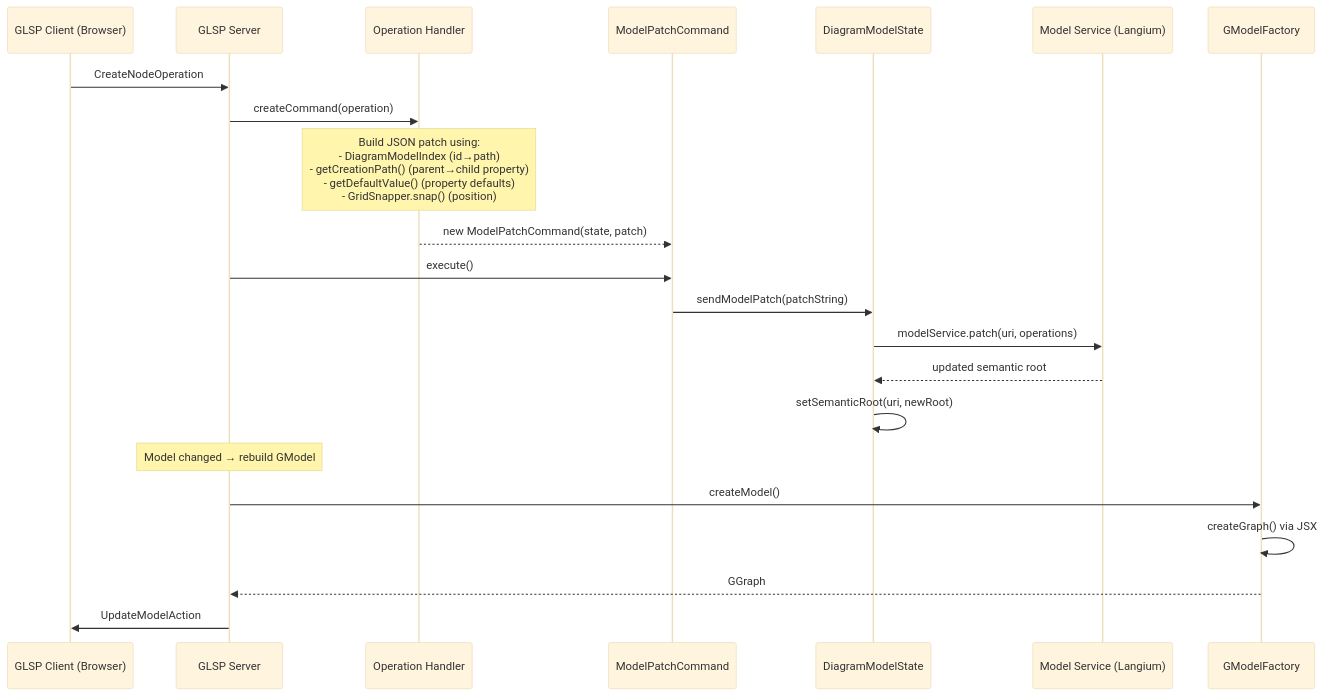
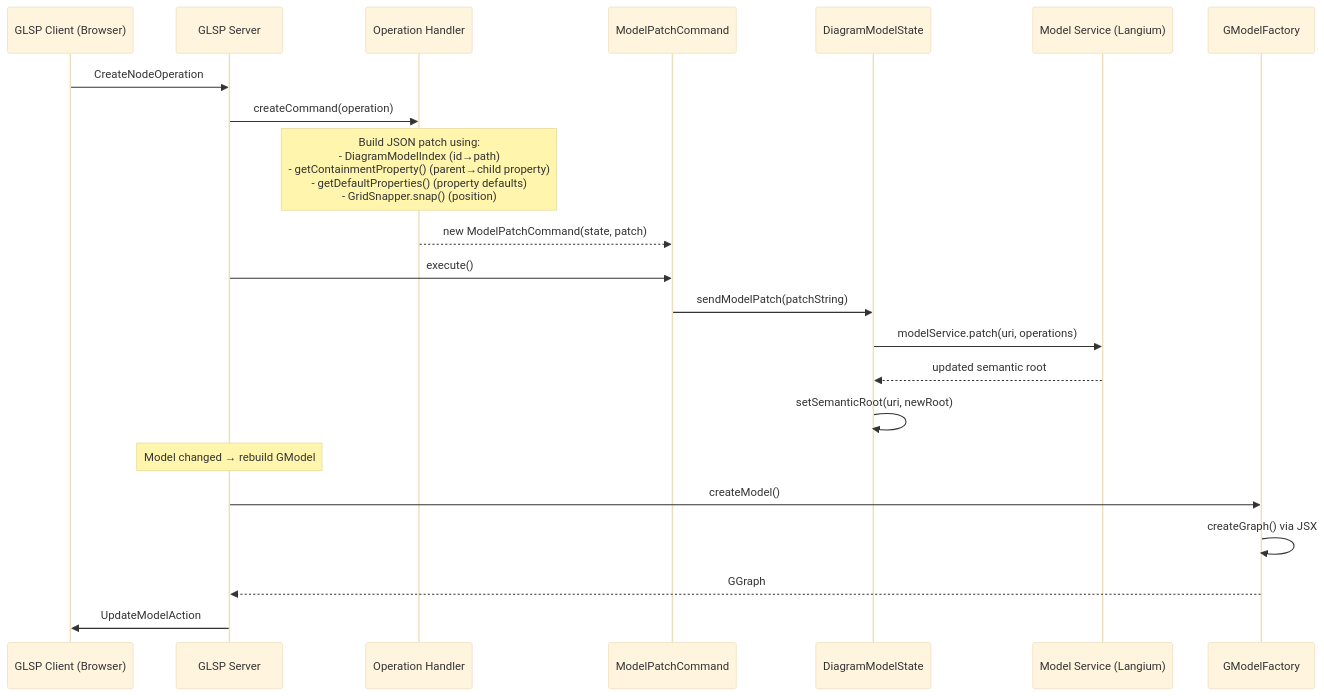
Before and after one commit to borkdominik/bigUML: the fourth of 7 diagrams in client/docs/glsp-server-architecture.md, drawn with Mermaid (base theme). The commit also changed other lines of this file and 522 other files, not shown here.

First line of the commit message:
Improve UML language  (#224)

````diff
--- a/client/docs/glsp-server-architecture.md
+++ b/client/docs/glsp-server-architecture.md
@@ -184,28 +184,28 @@
 ```mermaid
 sequenceDiagram
     participant Client as GLSP Client (Browser)
     participant Server as GLSP Server
     participant Handler as Operation Handler
     participant Cmd as ModelPatchCommand
     participant State as DiagramModelState
     participant MS as Model Service (Langium)
     participant Factory as GModelFactory
 
     Client->>Server: CreateNodeOperation
     Server->>Handler: createCommand(operation)
 
-    Note over Handler: Build JSON patch using:<br>- DiagramModelIndex (id→path)<br>- getCreationPath() (parent→child property)<br>- getDefaultValue() (property defaults)<br>- GridSnapper.snap() (position)
+    Note over Handler: Build JSON patch using:<br>- DiagramModelIndex (id→path)<br>- getContainmentProperty() (parent→child property)<br>- getDefaultProperties() (property defaults)<br>- GridSnapper.snap() (position)
 
     Handler-->>Cmd: new ModelPatchCommand(state, patch)
     Server->>Cmd: execute()
     Cmd->>State: sendModelPatch(patchString)
     State->>MS: modelService.patch(uri, operations)
     MS-->>State: updated semantic root
     State->>State: setSemanticRoot(uri, newRoot)
 
     Note over Server: Model changed → rebuild GModel
     Server->>Factory: createModel()
     Factory->>Factory: createGraph() via JSX
     Factory-->>Server: GGraph
     Server->>Client: UpdateModelAction
 ```
````
